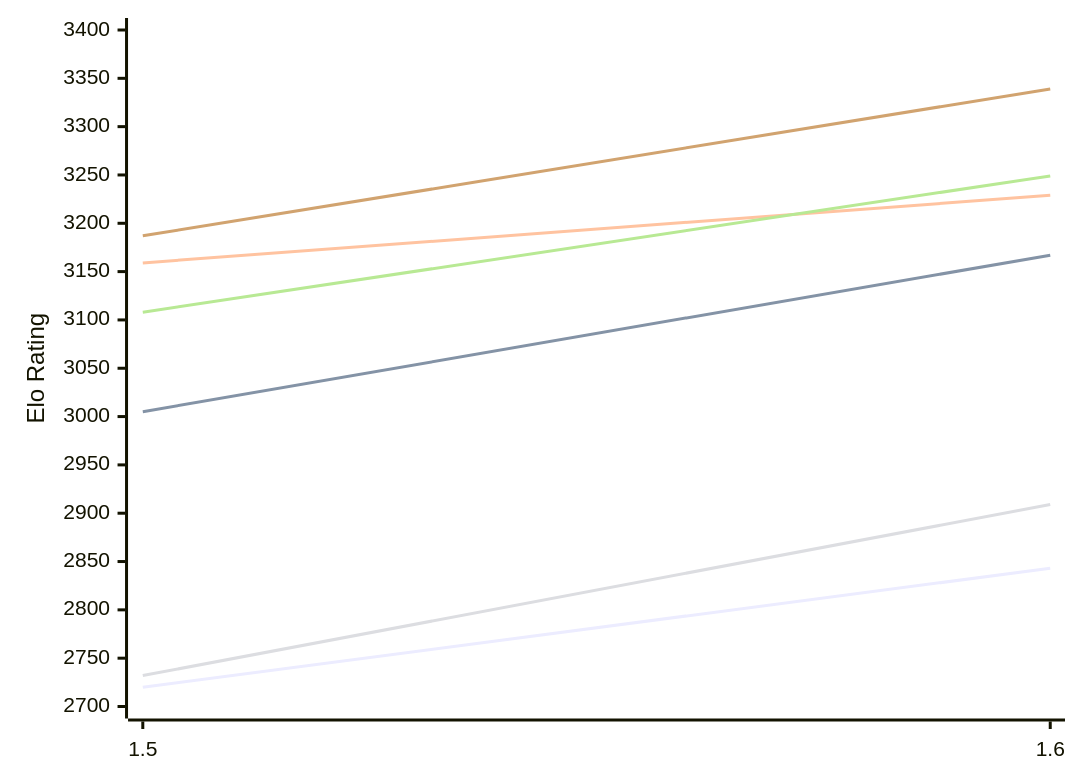
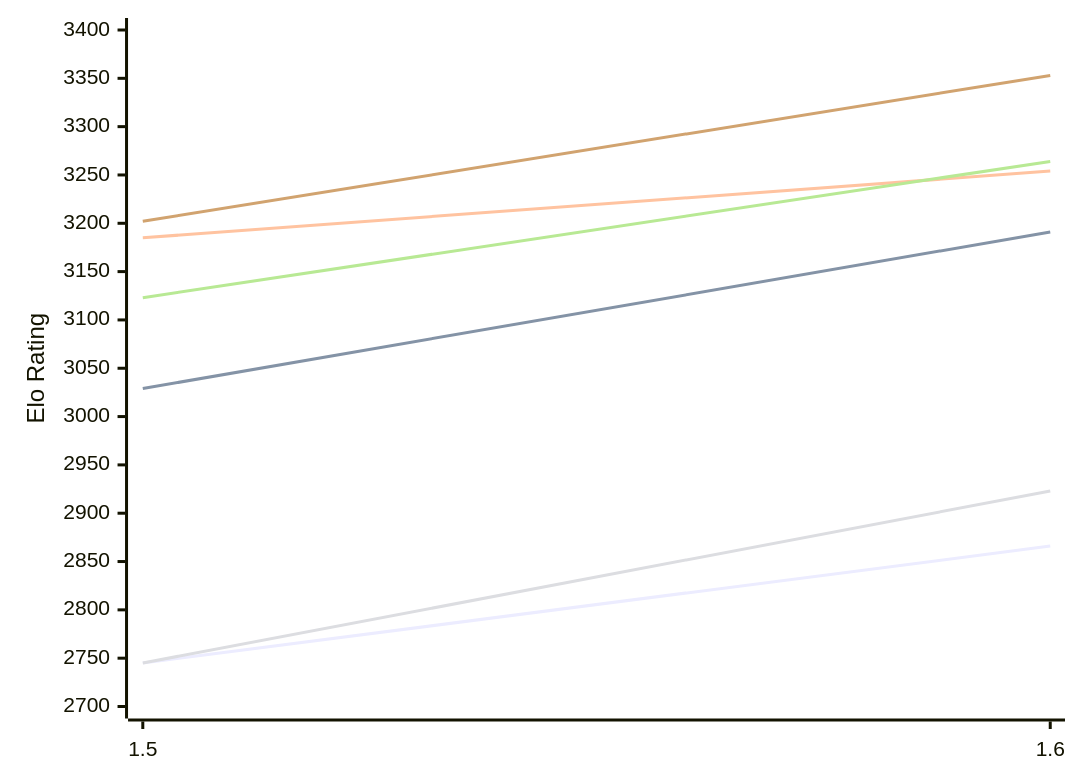
Before and after one commit to computer-chess-index/cci: the first of 2 diagrams in engines/Yakka.md, drawn with Mermaid. The commit also changed other lines of this file, not shown here.

Commit message:
Update CCI Ratings (ELO VLTC) - 2026-10-24

````diff
--- a/engines/Yakka.md
+++ b/engines/Yakka.md
@@ -51,12 +51,12 @@
 ```mermaid
 %%{init: {"theme":"base","themeVariables":{"seriesColors:['#a3a3a3','#222221','#faa371']}}}%%
 xychart-beta
   x-axis ["1.5", "1.6"]
   y-axis "Elo Rating" 2700 --> 3400
-  line "E1: STC (8.0+0.08s)" [2720, 2843]
-  line "E1: LTC (60.0+0.60s)" [3005, 3167]
-  line "E1: VLTC (2m24s+1.12s)" [3159, 3229]
-  line "P1: STC (8.0+0.08s)" [2732, 2909]
-  line "P1: LTC (60.0+0.60s)" [3108, 3249]
-  line "P1: VLTC (2m24s+1.12s)" [3187, 3339]
+  line "E1: STC (8.0+0.08s)" [2745, 2866]
+  line "E1: LTC (60.0+0.60s)" [3029, 3191]
+  line "E1: VLTC (2m24s+1.12s)" [3185, 3254]
+  line "P1: STC (8.0+0.08s)" [2745, 2923]
+  line "P1: LTC (60.0+0.60s)" [3123, 3264]
+  line "P1: VLTC (2m24s+1.12s)" [3202, 3353]
 ```
````
